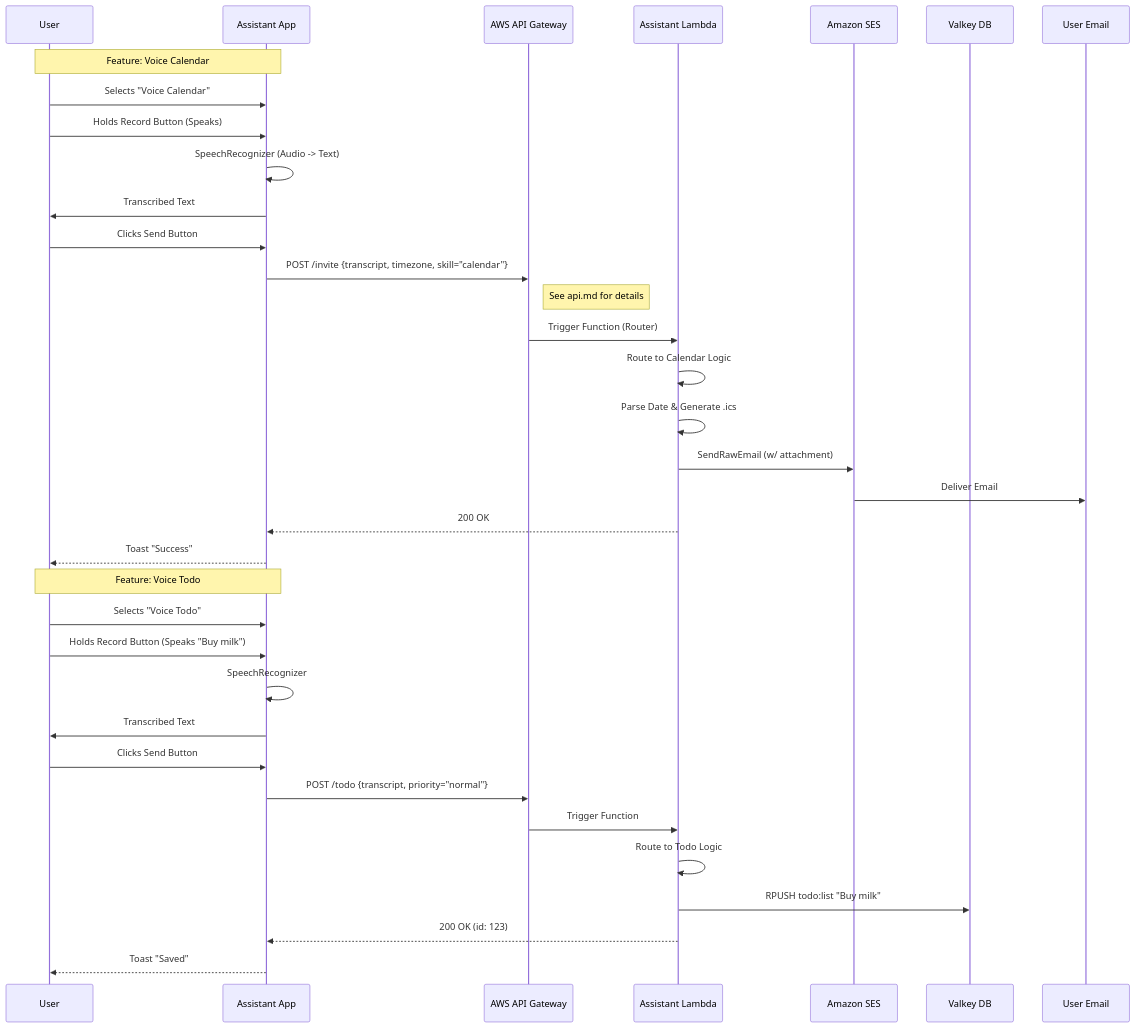
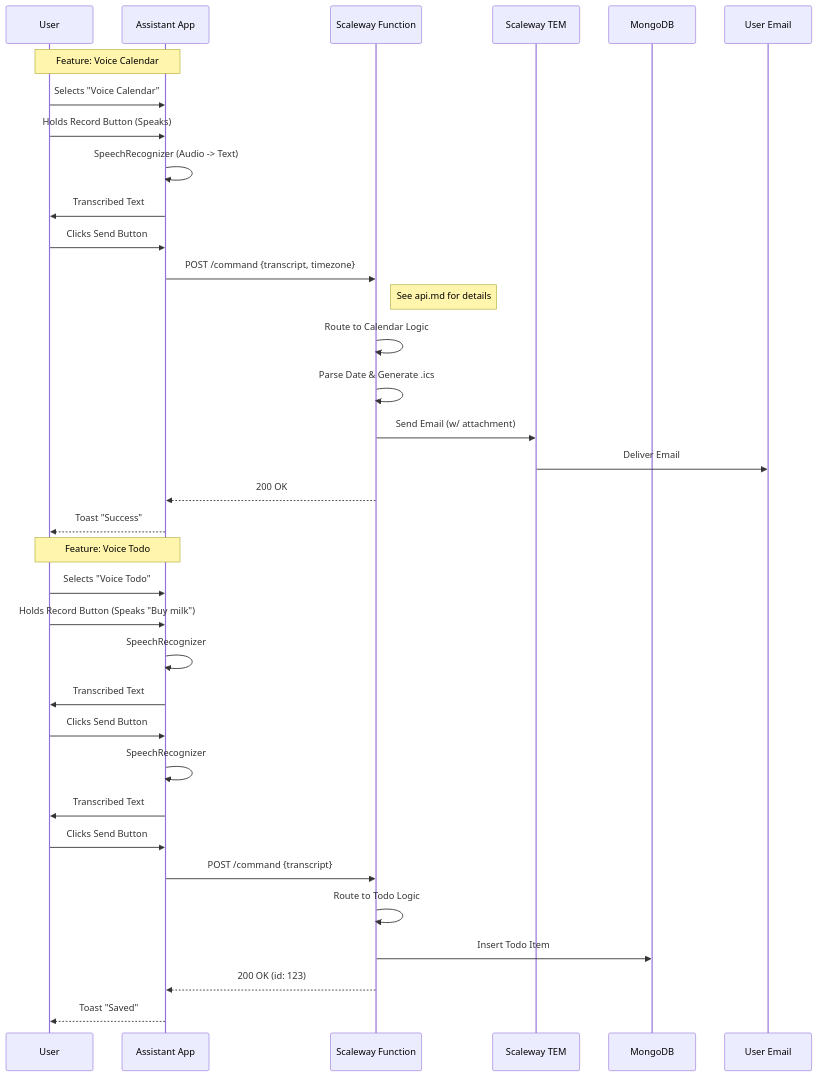
The diagram in spec/design.md (jarirantala/Yes-sir), drawn with Mermaid before and after one commit. The commit also changed other lines of this file and 4 other files, not shown here.

Commit message:
Migrate to Scaleway from AWS

````diff
--- a/spec/design.md
+++ b/spec/design.md
@@ -6,39 +6,41 @@
 ```mermaid
 sequenceDiagram
     participant User
     participant App as Assistant App
-    participant APIG as AWS API Gateway
-    participant Lambda as Assistant Lambda
-    participant SES as Amazon SES
-    participant Valkey as Valkey DB
+    participant App as Assistant App
+    participant Func as Scaleway Function
+    participant TEM as Scaleway TEM
+    participant Mongo as MongoDB
     participant Email as User Email
 
     Note over User, App: Feature: Voice Calendar
     User->>App: Selects "Voice Calendar"
     User->>App: Holds Record Button (Speaks)
     App->>App: SpeechRecognizer (Audio -> Text)
     App->>User: Transcribed Text
     User->>App: Clicks Send Button
-    App->>APIG: POST /invite {transcript, timezone, skill="calendar"}
-    Note right of APIG: See api.md for details
-    APIG->>Lambda: Trigger Function (Router)
-    Lambda->>Lambda: Route to Calendar Logic
-    Lambda->>Lambda: Parse Date & Generate .ics
-    Lambda->>SES: SendRawEmail (w/ attachment)
-    SES->>Email: Deliver Email
-    Lambda-->>App: 200 OK
+    App->>Func: POST /command {transcript, timezone}
+    Note right of Func: See api.md for details
+    Func->>Func: Route to Calendar Logic
+    Func->>Func: Parse Date & Generate .ics
+    Func->>TEM: Send Email (w/ attachment)
+    TEM->>Email: Deliver Email
+    Func-->>App: 200 OK
+
     App-->>User: Toast "Success"
 
     Note over User, App: Feature: Voice Todo
     User->>App: Selects "Voice Todo"
     User->>App: Holds Record Button (Speaks "Buy milk")
     App->>App: SpeechRecognizer
     App->>User: Transcribed Text
     User->>App: Clicks Send Button
-    App->>APIG: POST /todo {transcript, priority="normal"}
-    APIG->>Lambda: Trigger Function
-    Lambda->>Lambda: Route to Todo Logic
-    Lambda->>Valkey: RPUSH todo:list "Buy milk"
-    Lambda-->>App: 200 OK (id: 123)
+    App->>App: SpeechRecognizer
+    App->>User: Transcribed Text
+    User->>App: Clicks Send Button
+    App->>Func: POST /command {transcript}
+    Func->>Func: Route to Todo Logic
+    Func->>Mongo: Insert Todo Item
+    Func-->>App: 200 OK (id: 123)
     App-->>User: Toast "Saved"
 ```
````
